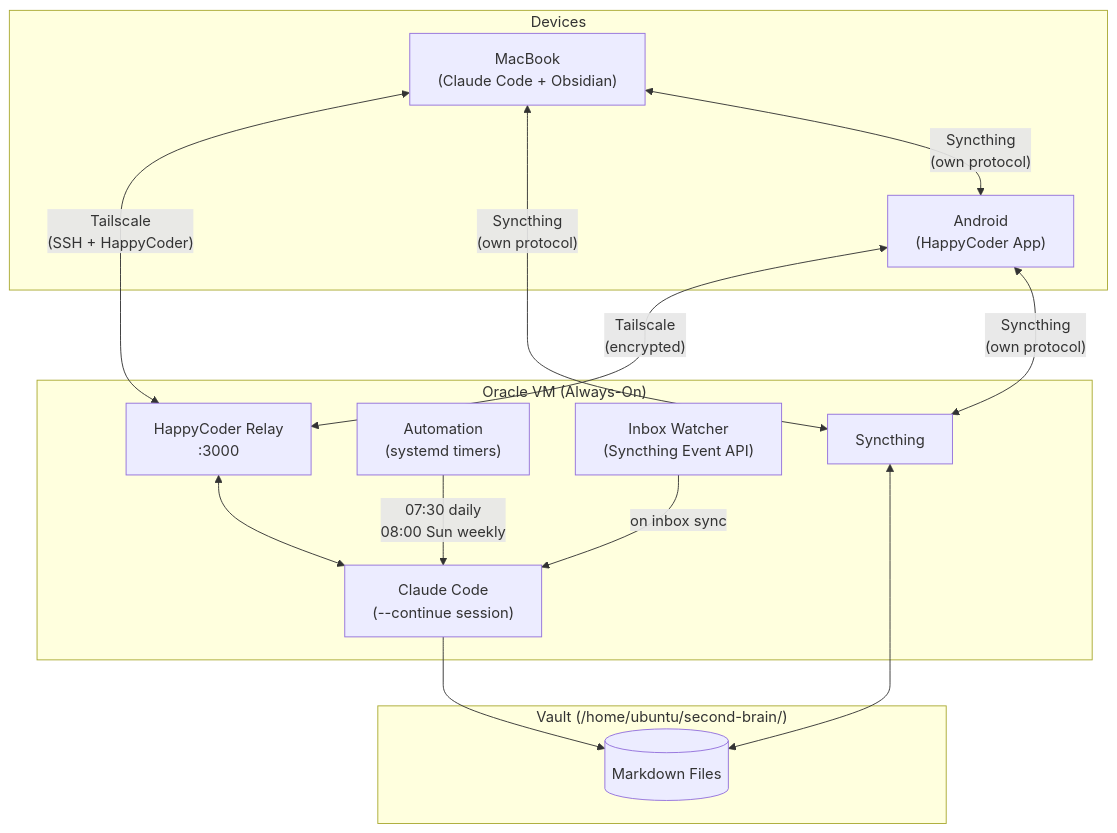
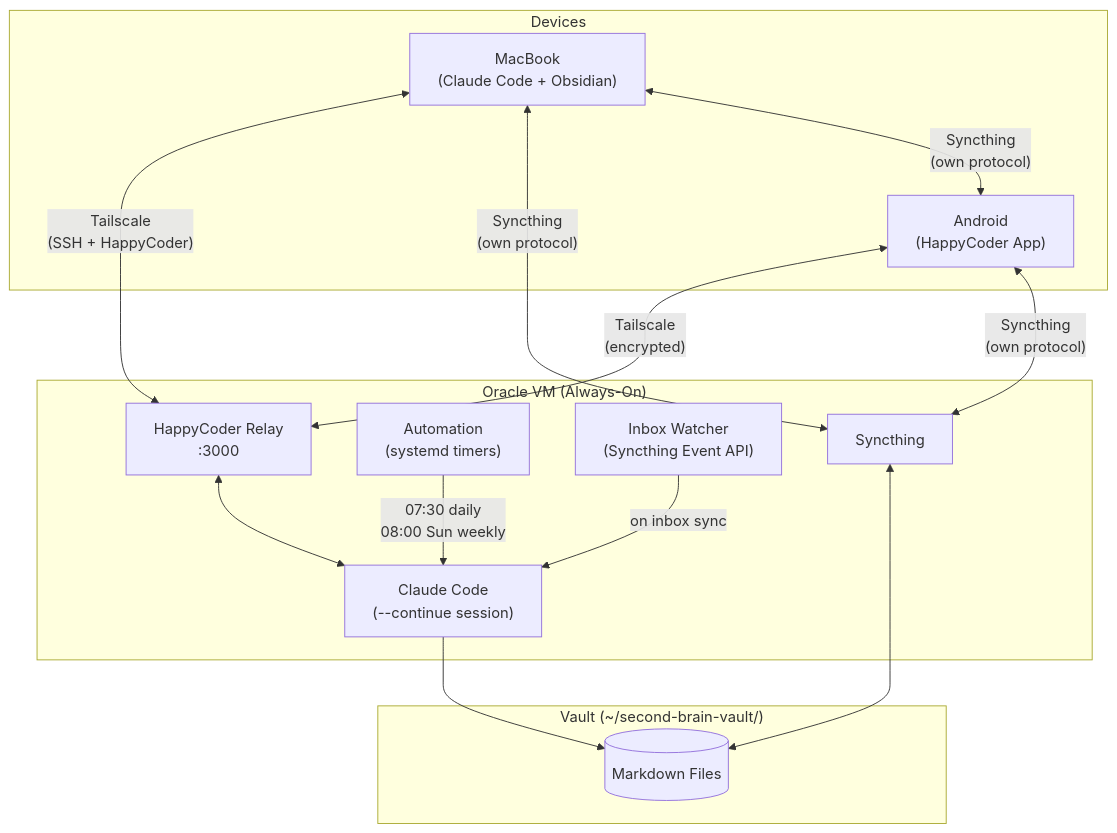
Before and after one commit to patjackson52/second-brain: the first of 7 diagrams in docs/architecture.md, drawn with Mermaid. The commit also changed other lines of this file and 5 other files, not shown here.

````diff
--- a/docs/architecture.md
+++ b/docs/architecture.md
@@ -5,32 +5,32 @@
 ```mermaid
 graph TB
     subgraph "Devices"
         Laptop["MacBook<br/>(Claude Code + Obsidian)"]
         Phone["Android<br/>(HappyCoder App)"]
     end
 
     subgraph "Oracle VM (Always-On)"
         Relay["HappyCoder Relay<br/>:3000"]
         Claude["Claude Code<br/>(--continue session)"]
         Auto["Automation<br/>(systemd timers)"]
         Watcher["Inbox Watcher<br/>(Syncthing Event API)"]
         ST_VM["Syncthing"]
     end
 
     Phone <-->|"Tailscale<br/>(encrypted)"| Relay
     Laptop <-->|"Tailscale<br/>(SSH + HappyCoder)"| Relay
     Relay <--> Claude
     Auto -->|"07:30 daily<br/>08:00 Sun weekly"| Claude
     Watcher -->|"on inbox sync"| Claude
 
-    subgraph "Vault (/home/ubuntu/second-brain/)"
+    subgraph "Vault (~/second-brain-vault/)"
         Vault[("Markdown Files")]
     end
 
     Claude --> Vault
     ST_VM <--> Vault
 
     Laptop <-->|"Syncthing<br/>(own protocol)"| ST_VM
     Phone <-->|"Syncthing<br/>(own protocol)"| ST_VM
     Laptop <-->|"Syncthing<br/>(own protocol)"| Phone
 ```
````
